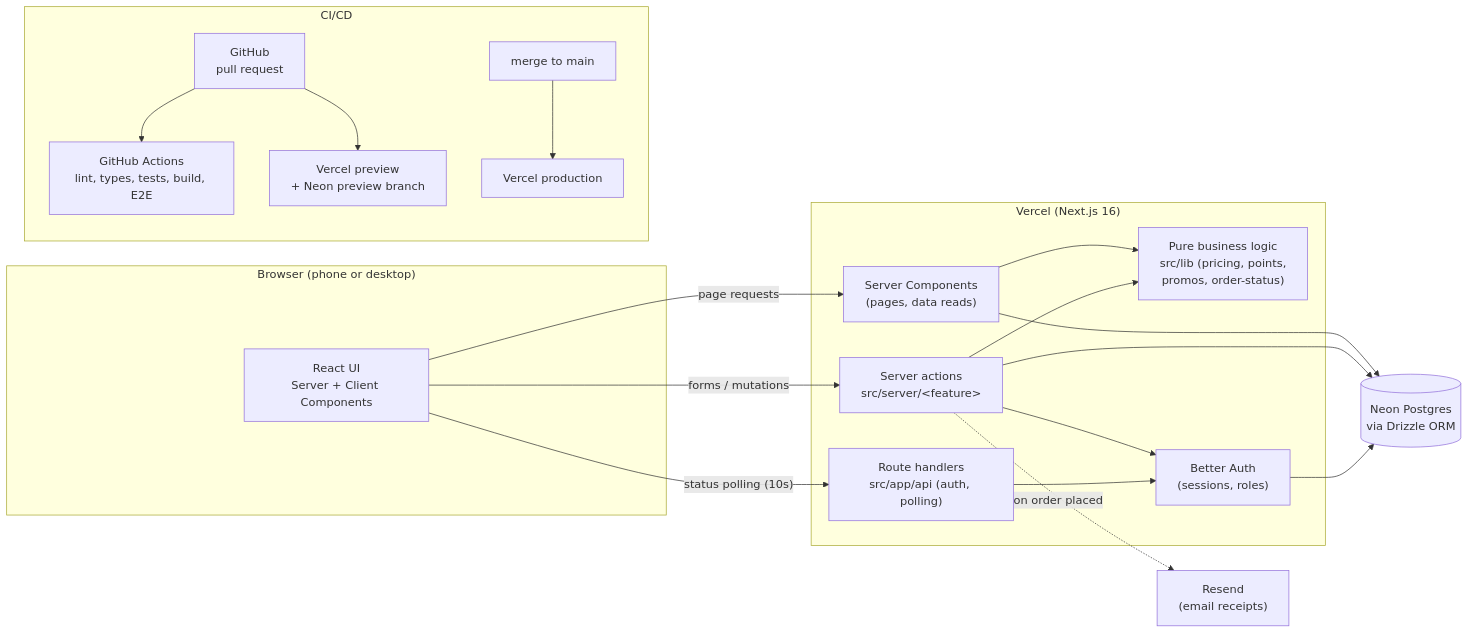
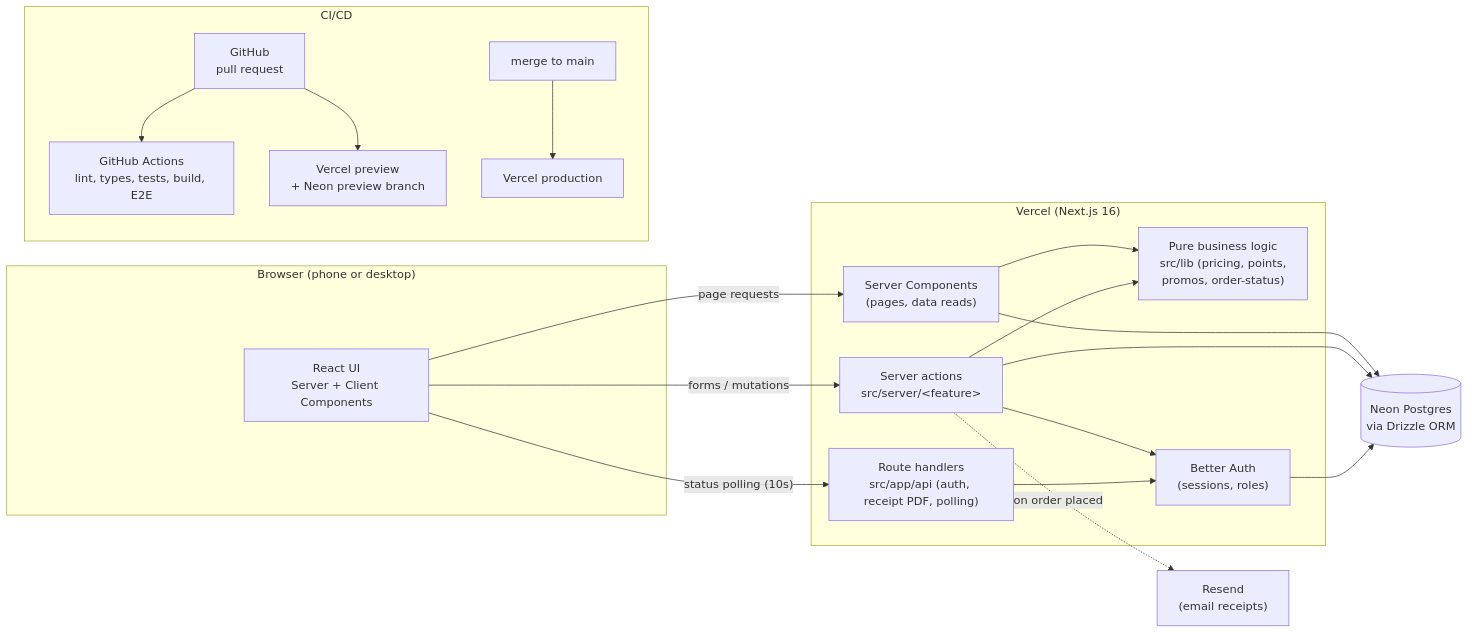
The first of 2 diagrams in docs/ARCHITECTURE.md (jrcbrr/hermes-express), drawn with Mermaid before and after one commit. The commit also changed other lines of this file and 3 other files, not shown here.

Commit message:
docs: record the receipts follow-up in the changelog, architecture, plan and AI log

````diff
--- a/docs/ARCHITECTURE.md
+++ b/docs/ARCHITECTURE.md
@@ -7,35 +7,35 @@
 ```mermaid
 flowchart LR
   subgraph Client["Browser (phone or desktop)"]
     UI["React UI<br/>Server + Client Components"]
   end
 
   subgraph Vercel["Vercel (Next.js 16)"]
     RSC["Server Components<br/>(pages, data reads)"]
     SA["Server actions<br/>src/server/&lt;feature&gt;"]
-    API["Route handlers<br/>src/app/api (auth, polling)"]
+    API["Route handlers<br/>src/app/api (auth, receipt PDF, polling)"]
     LIB["Pure business logic<br/>src/lib (pricing, points,<br/>promos, order-status)"]
     AUTH["Better Auth<br/>(sessions, roles)"]
   end
 
   DB[("Neon Postgres<br/>via Drizzle ORM")]
   MAIL["Resend<br/>(email receipts)"]
 
   UI -- "page requests" --> RSC
   UI -- "forms / mutations" --> SA
   UI -- "status polling (10s)" --> API
   RSC --> LIB
   SA --> LIB
   SA --> AUTH
   API --> AUTH
   RSC --> DB
   SA --> DB
   AUTH --> DB
   SA -. "on order placed" .-> MAIL
 
   subgraph Delivery["CI/CD"]
     GH["GitHub<br/>pull request"] --> CI["GitHub Actions<br/>lint, types, tests, build, E2E"]
     GH --> PREV["Vercel preview<br/>+ Neon preview branch"]
     MAIN["merge to main"] --> PROD["Vercel production"]
   end
 ```
````
